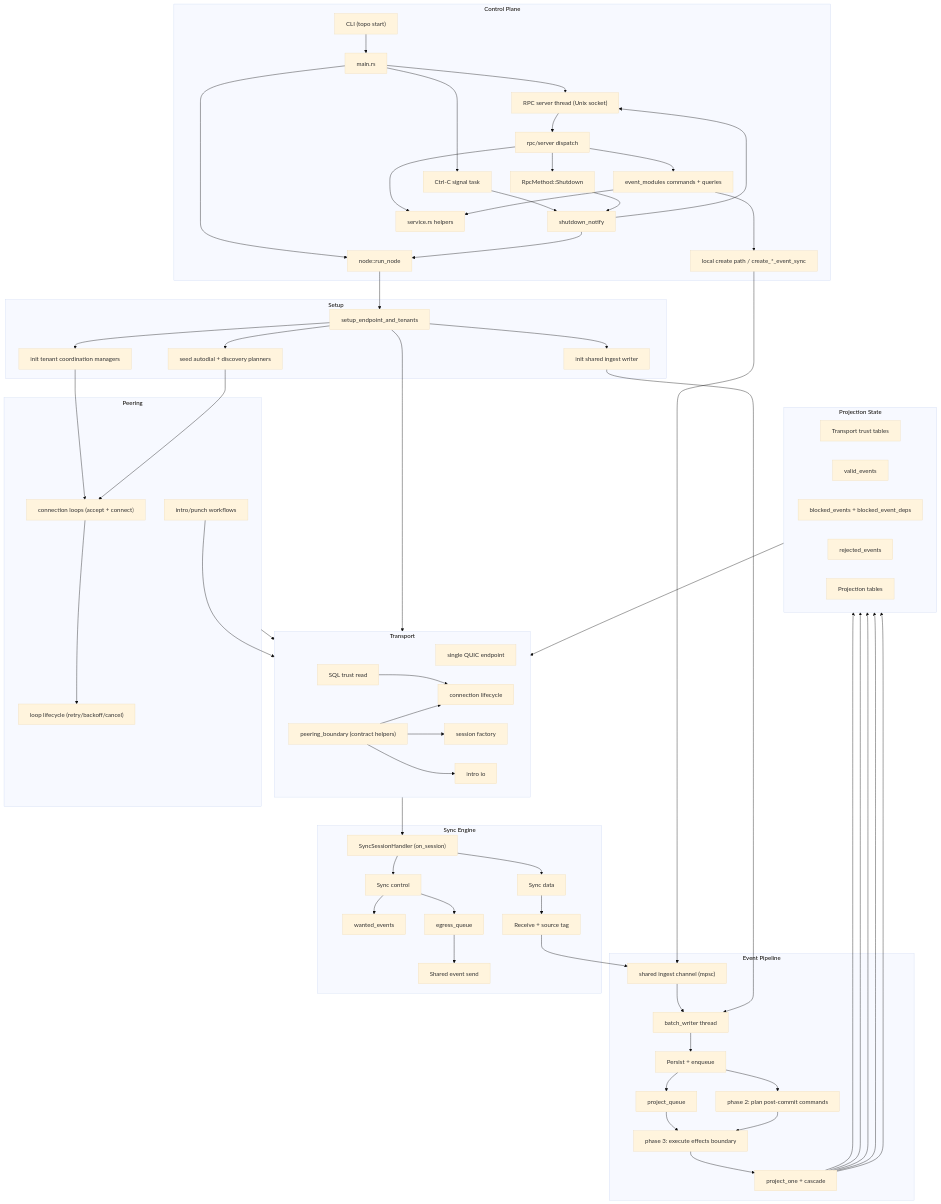
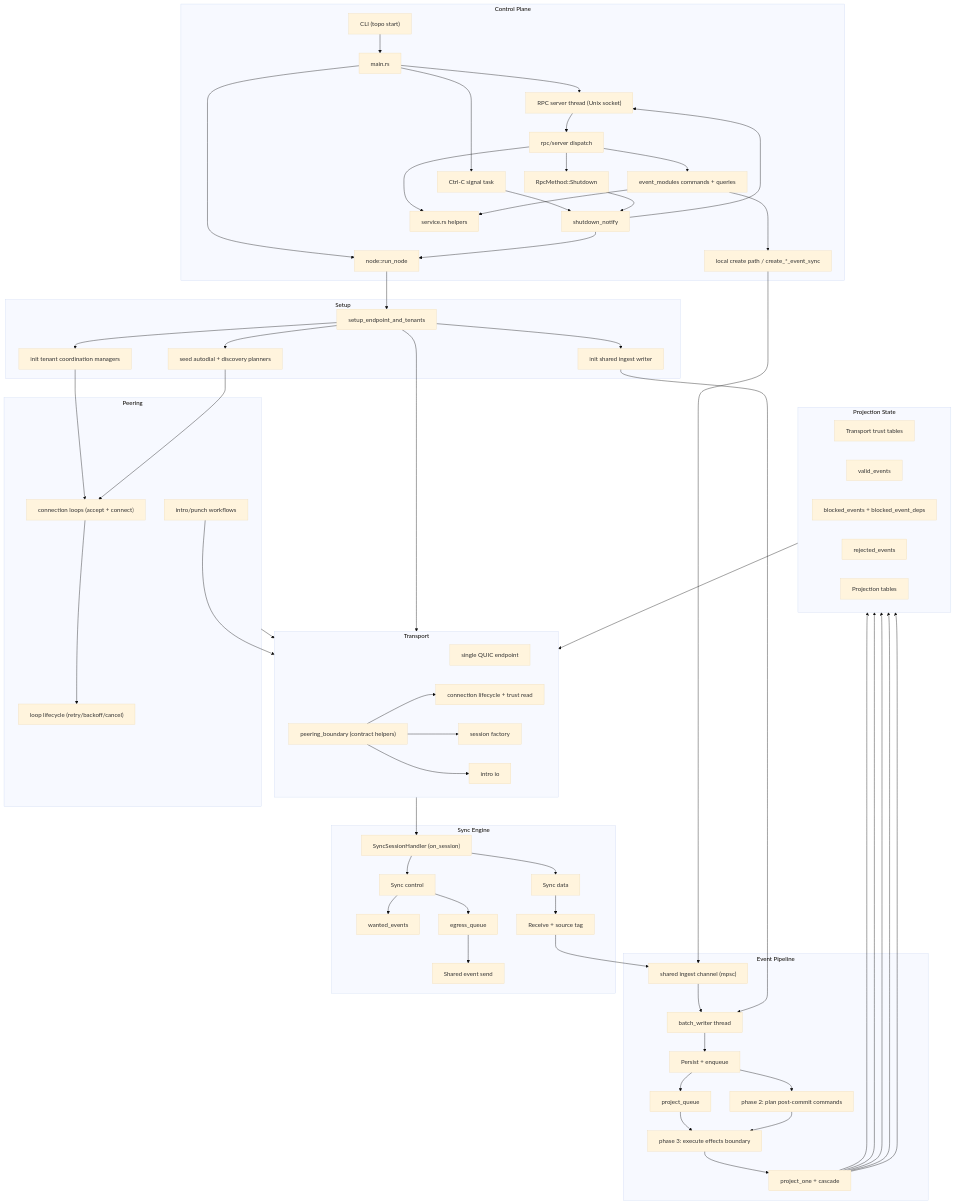
Before and after one commit to holmesworcester/topo: the fifth of 5 diagrams in docs/CURRENT_RUNTIME_DIAGRAM.md, drawn with Mermaid (base theme). The commit also changed other lines of this file, not shown here.

Commit message:
Refine runtime diagram trust/read layout and high-level label

````diff
--- a/docs/CURRENT_RUNTIME_DIAGRAM.md
+++ b/docs/CURRENT_RUNTIME_DIAGRAM.md
@@ -172,10 +172,9 @@
       direction LR
       EP["single QUIC endpoint"]
       BOUND["peering_boundary (contract helpers)"]
-      LIFE["connection lifecycle"]
+      LIFE["connection lifecycle + trust read"]
       FACT["session factory"]
       IIO["intro io"]
-      TRUST_READ["SQL trust read"]
     end
 
     START --> EP
@@ -223,8 +222,7 @@
     PROJ --> READS
     PROJ --> TRUST_DB
 
-    TRUST_DB --> TRUST_READ
-    TRUST_READ --> LIFE
+    TRUST_DB --> LIFE
     SHUT_N --> NODE
     SHUT_N --> RPC
 ```
````
